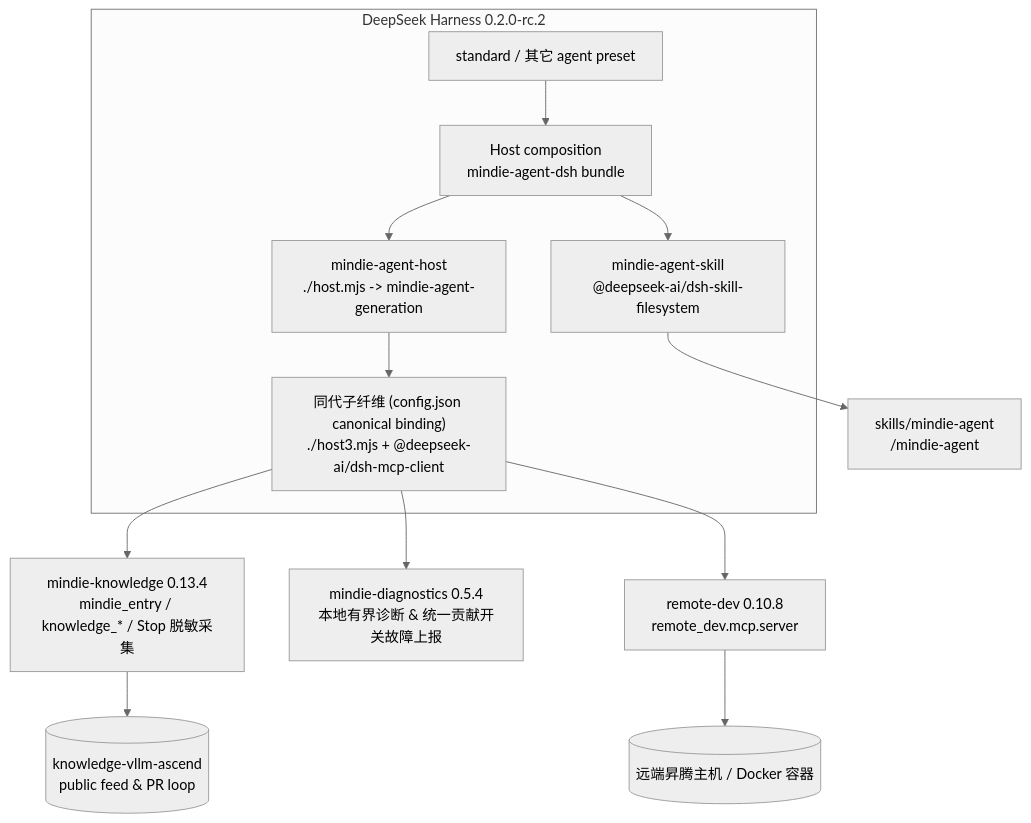
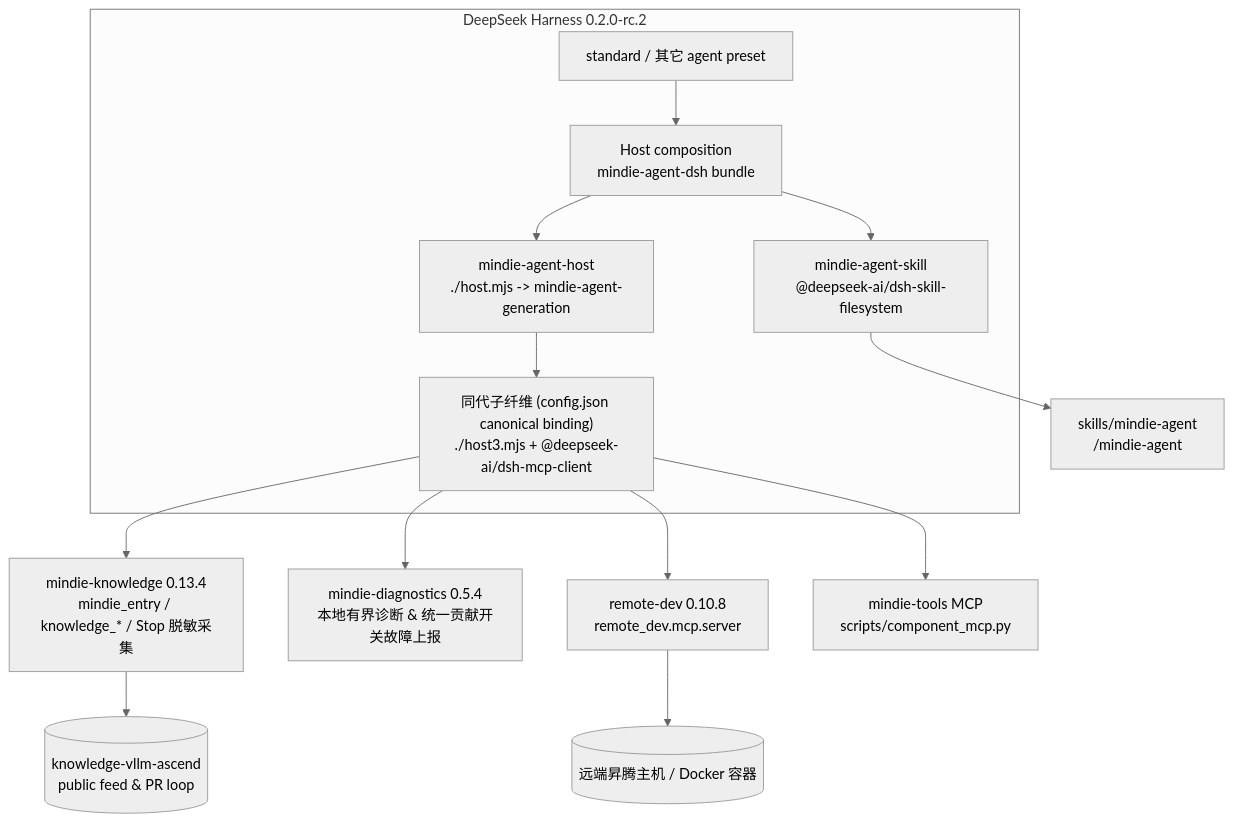
The diagram in README.md (mindie-agent/mindie-agent-dsh), drawn with Mermaid (neutral theme) before and after one commit. The commit also changed other lines of this file and 2 other files, not shown here.

Commit message:
docs: clarify MCP availability and component usage after Gemini review

````diff
--- a/README.md
+++ b/README.md
@@ -201,20 +201,21 @@
 ```mermaid
 flowchart TB
   subgraph DSH["DeepSeek Harness 0.2.0-rc.2"]
     HOST["Host composition<br/>mindie-agent-dsh bundle"]
     STD["standard / 其它 agent preset"]
     SKILL["mindie-agent-skill<br/>@deepseek-ai/dsh-skill-filesystem"]
     HPLUG["mindie-agent-host<br/>./host.mjs -> mindie-agent-generation"]
     GEN["同代子纤维 (config.json canonical binding)<br/>./host3.mjs + @deepseek-ai/dsh-mcp-client"]
     STD --> HOST
     HOST --> SKILL
     HOST --> HPLUG
     HPLUG --> GEN
   end
   SKILL --> SK["skills/mindie-agent<br/>/mindie-agent"]
   GEN --> KS["mindie-knowledge 0.13.4<br/>mindie_entry / knowledge_* / Stop 脱敏采集"]
   GEN --> DIAG["mindie-diagnostics 0.5.4<br/>本地有界诊断 & 统一贡献开关故障上报"]
   KS --> FEED[("knowledge-vllm-ascend<br/>public feed & PR loop")]
   GEN --> RD["remote-dev 0.10.8<br/>remote_dev.mcp.server"]
+  GEN --> MT["mindie-tools MCP<br/>scripts/component_mcp.py"]
   RD --> NPU[("远端昇腾主机 / Docker 容器")]
 ```
````
